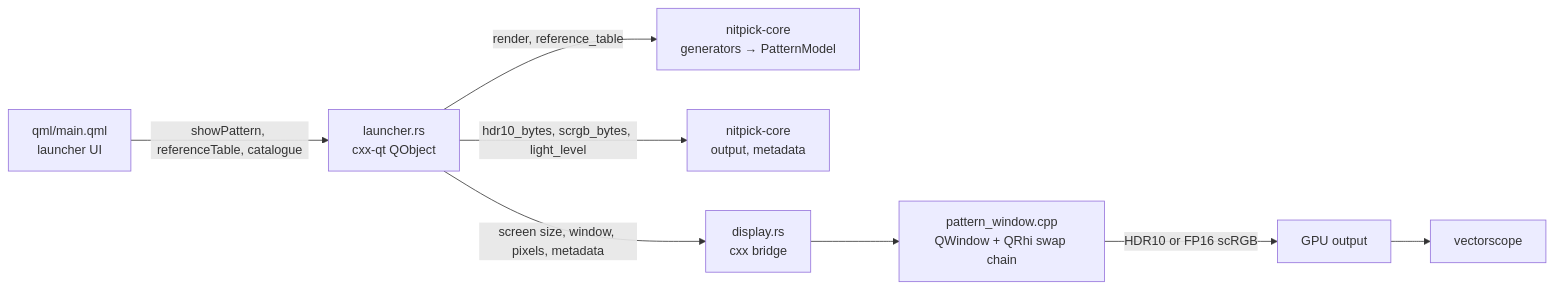
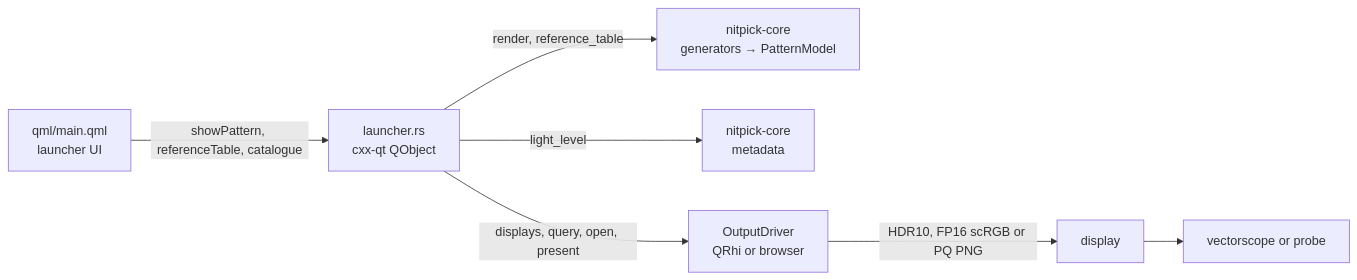
One commit to Jamesits/nitpick changed the first of 2 diagrams in doc/design/test_patterns.md. Above: the diagram before and after it, drawn with Mermaid. The commit also changed other lines of this file and 2 other files, not shown here.

Commit message:
doc: design output driver API and browser output driver

````diff
--- a/doc/design/test_patterns.md
+++ b/doc/design/test_patterns.md
@@ -15,9 +17,8 @@
 ```mermaid
 graph LR
     QML[qml/main.qml<br/>launcher UI] -->|showPattern, referenceTable, catalogue| L[launcher.rs<br/>cxx-qt QObject]
     L -->|render, reference_table| C[nitpick-core<br/>generators → PatternModel]
-    L -->|hdr10_bytes, scrgb_bytes, light_level| O[nitpick-core<br/>output, metadata]
-    L -->|screen size, window, pixels, metadata| D[display.rs<br/>cxx bridge]
-    D --> W[pattern_window.cpp<br/>QWindow + QRhi swap chain]
-    W -->|HDR10 or FP16 scRGB| GPU[GPU output] --> Scope[vectorscope]
+    L -->|light_level| M[nitpick-core<br/>metadata]
+    L -->|displays, query, open, present| D[OutputDriver<br/>QRhi or browser]
+    D -->|HDR10, FP16 scRGB or PQ PNG| Out[display] --> Scope[vectorscope or probe]
 ```
````
